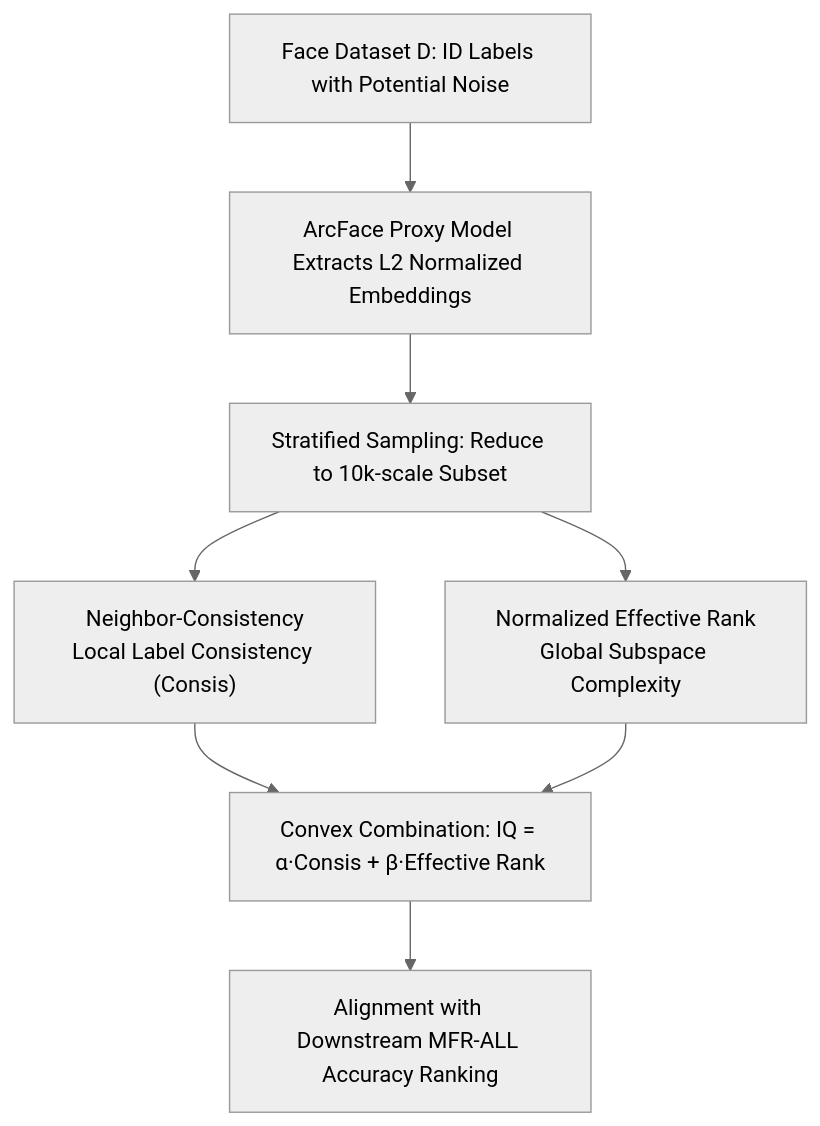
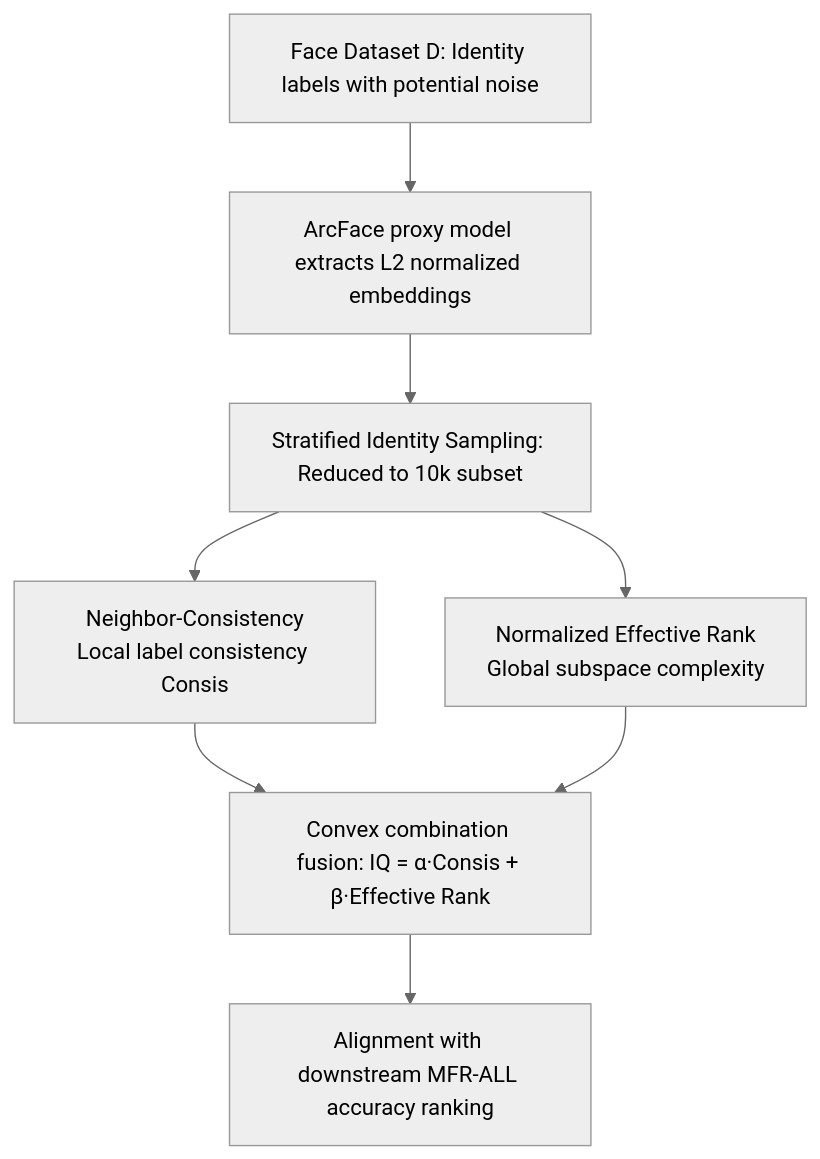
One commit to zhaoyang97/Paper-Notes-en changed the diagram in docs/ICML2026/human_understanding/efficient_validation-free_intrinsic_quality_estimation_for_large-scale_face_reco.md. Above: the diagram before and after it, drawn with Mermaid (neutral theme). The commit also changed other lines of this file and 5084 other files, not shown here.

````diff
--- a/docs/ICML2026/human_understanding/efficient_validation-free_intrinsic_quality_estimation_for_large-scale_face_reco.md
+++ b/docs/ICML2026/human_understanding/efficient_validation-free_intrinsic_quality_estimation_for_large-scale_face_reco.md
@@ -42,10 +42,10 @@
 ```mermaid
 graph TD
-    A["Face Dataset D: ID Labels with Potential Noise"] --> B["ArcFace Proxy Model Extracts L2 Normalized Embeddings"]
-    B --> C["Stratified Sampling: Reduce to 10k-scale Subset"]
-    C --> D["Neighbor-Consistency<br/>Local Label Consistency (Consis)"]
-    C --> E["Normalized Effective Rank<br/>Global Subspace Complexity"]
-    D --> F["Convex Combination: IQ = α·Consis + β·Effective Rank"]
+    A["Face Dataset D: Identity labels with potential noise"] --> B["ArcFace proxy model extracts L2 normalized embeddings"]
+    B --> C["Stratified Identity Sampling: Reduced to 10k subset"]
+    C --> D["Neighbor-Consistency<br/>Local label consistency Consis"]
+    C --> E["Normalized Effective Rank<br/>Global subspace complexity"]
+    D --> F["Convex combination fusion: IQ = α·Consis + β·Effective Rank"]
     E --> F
-    F --> G["Alignment with Downstream MFR-ALL Accuracy Ranking"]
+    F --> G["Alignment with downstream MFR-ALL accuracy ranking"]
 ```
````
